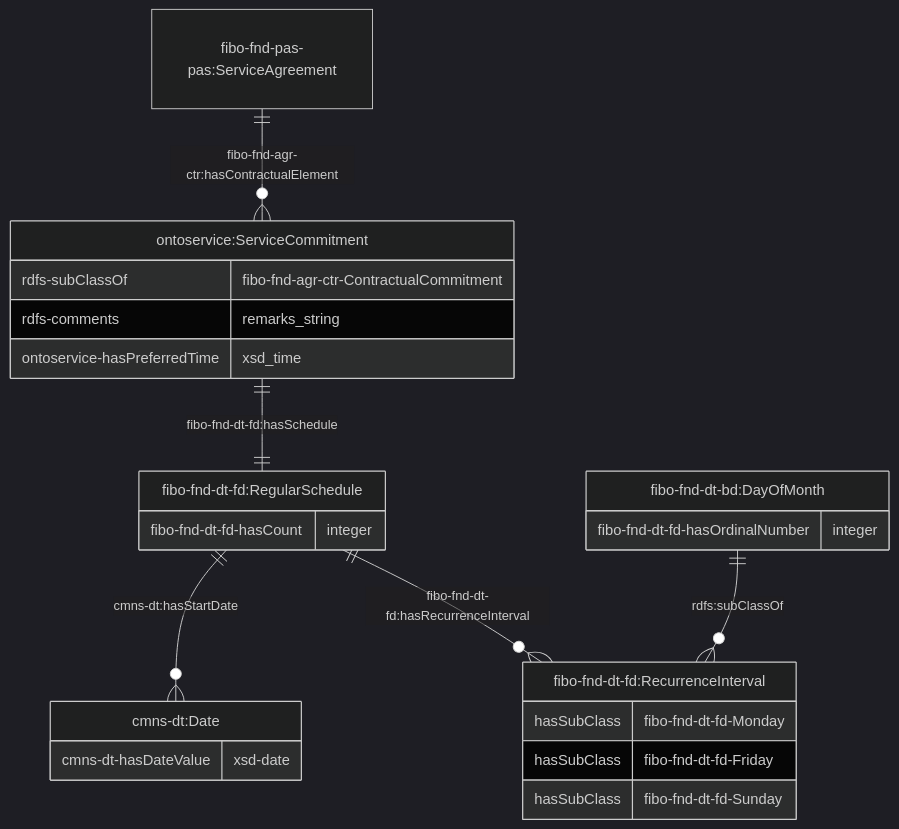
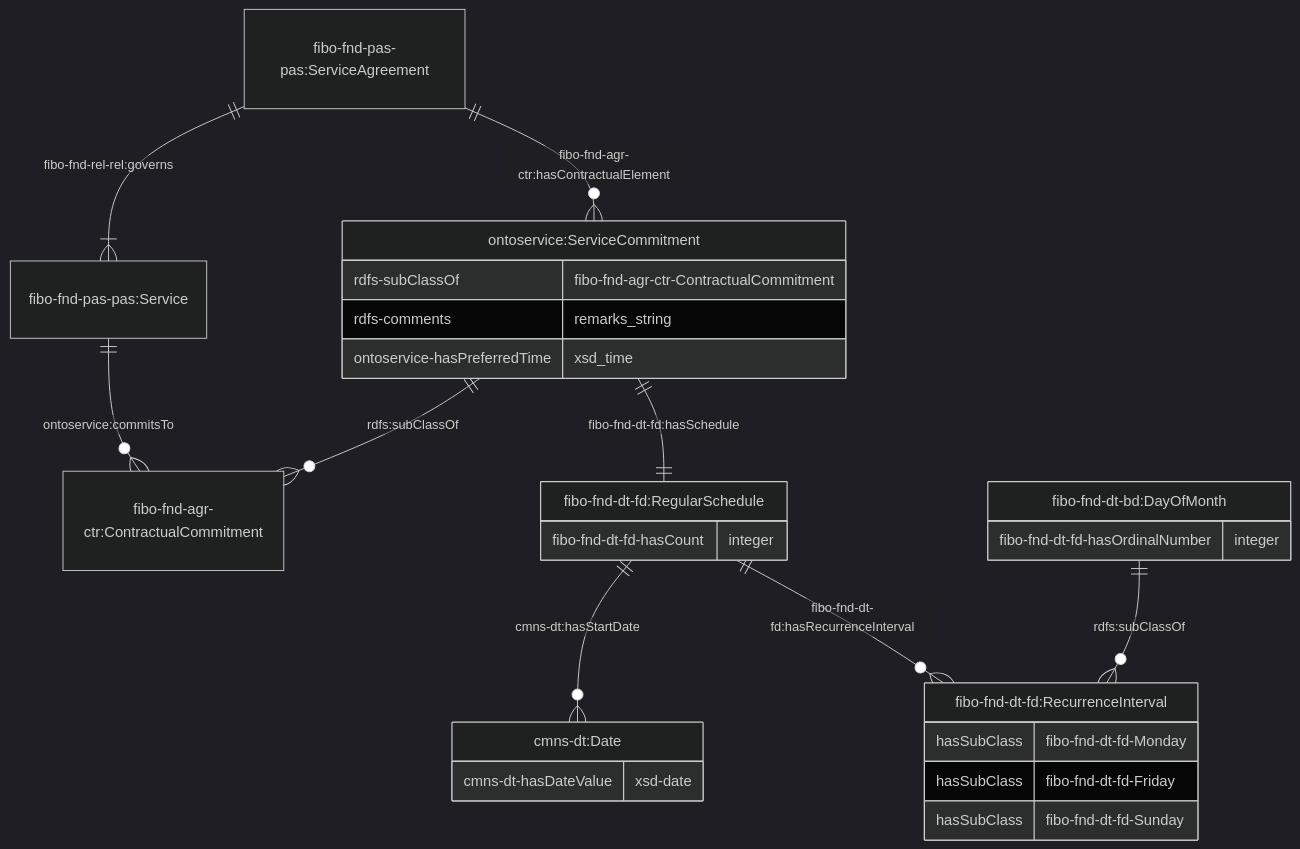
One commit to cambridge-cares/TheWorldAvatar changed the third of 5 diagrams in JPS_Ontology/ontology/ontoservice/README.md. Above: the diagram before and after it, drawn with Mermaid (dark theme). The commit also changed other lines of this file and 2 other files, not shown here.

Commit message:
dev_ontoservice: Added links from services to the payment obligation and contractual commitment

````diff
--- a/JPS_Ontology/ontology/ontoservice/README.md
+++ b/JPS_Ontology/ontology/ontoservice/README.md
@@ -124,30 +126,33 @@
 ```mermaid
     erDiagram
+    "fibo-fnd-pas-pas:ServiceAgreement" ||--|{ "fibo-fnd-pas-pas:Service" : "fibo-fnd-rel-rel:governs"
     "fibo-fnd-pas-pas:ServiceAgreement" ||--o{ "ontoservice:ServiceCommitment" : "fibo-fnd-agr-ctr:hasContractualElement"
+    "ontoservice:ServiceCommitment" ||--o{ "fibo-fnd-agr-ctr:ContractualCommitment" : "rdfs:subClassOf"
+    "fibo-fnd-pas-pas:Service" ||--o{ "fibo-fnd-agr-ctr:ContractualCommitment" : "ontoservice:commitsTo"
 
     "ontoservice:ServiceCommitment" {
         rdfs-subClassOf fibo-fnd-agr-ctr-ContractualCommitment
         rdfs-comments remarks_string
         ontoservice-hasPreferredTime xsd_time
     }
 
     "ontoservice:ServiceCommitment" ||--|| "fibo-fnd-dt-fd:RegularSchedule" : "fibo-fnd-dt-fd:hasSchedule"
      "fibo-fnd-dt-fd:RegularSchedule" {
         fibo-fnd-dt-fd-hasCount integer
     }
     "fibo-fnd-dt-fd:RegularSchedule" ||--o{ "cmns-dt:Date" : "cmns-dt:hasStartDate"
     "cmns-dt:Date" {
         cmns-dt-hasDateValue xsd-date
     }
 
     "fibo-fnd-dt-fd:RegularSchedule" ||--o{ "fibo-fnd-dt-fd:RecurrenceInterval" : "fibo-fnd-dt-fd:hasRecurrenceInterval"
     "fibo-fnd-dt-fd:RecurrenceInterval" {
         hasSubClass fibo-fnd-dt-fd-Monday
         hasSubClass fibo-fnd-dt-fd-Friday
         hasSubClass fibo-fnd-dt-fd-Sunday
     }
     "fibo-fnd-dt-bd:DayOfMonth" ||--o{ "fibo-fnd-dt-fd:RecurrenceInterval" : "rdfs:subClassOf"
     "fibo-fnd-dt-bd:DayOfMonth" {
         fibo-fnd-dt-fd-hasOrdinalNumber integer
     }
 ```
````
